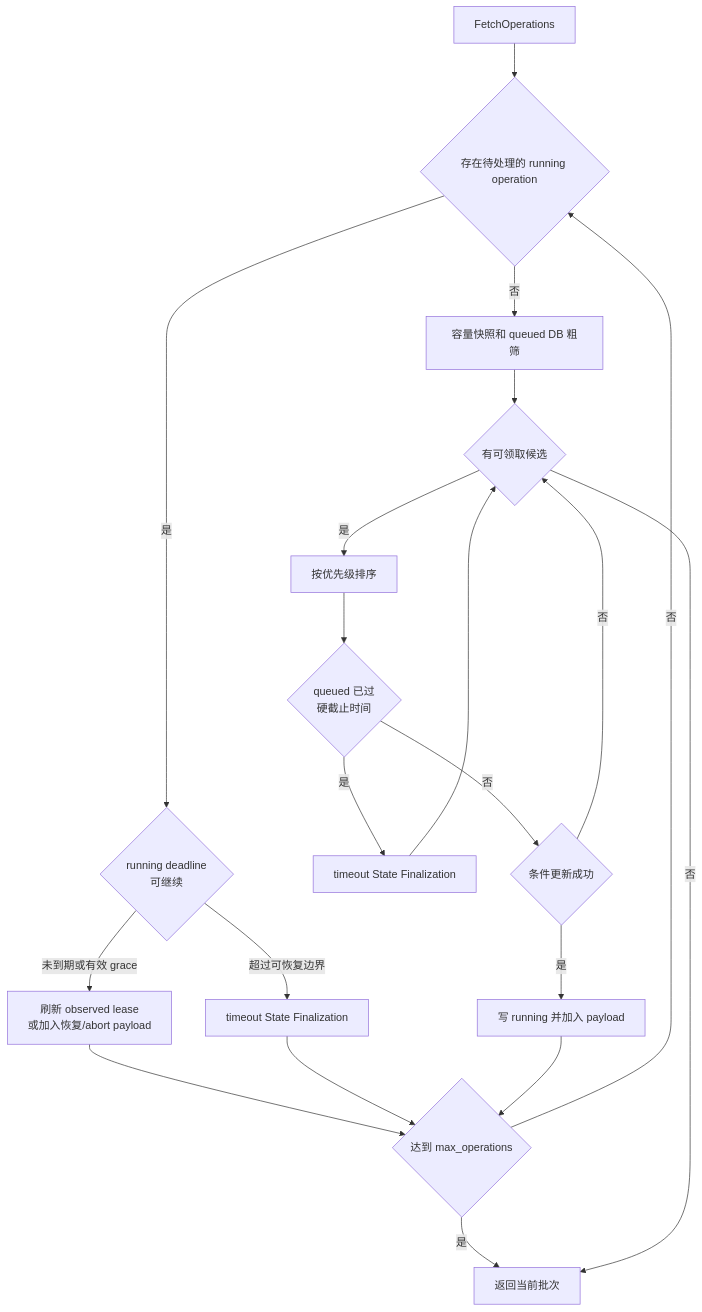
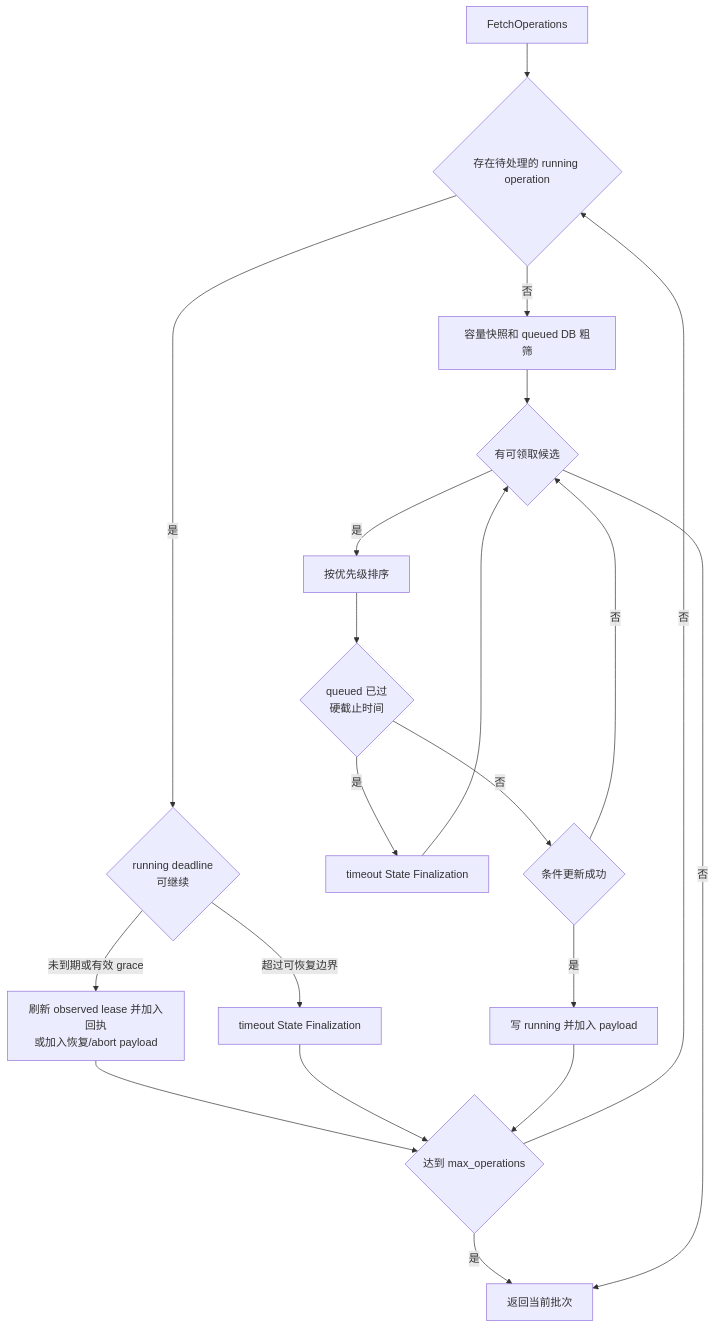
Before and after one commit to ExplodingDragon/gitea-dev: the third of 4 diagrams in src/state-machine.md, drawn with Mermaid. The commit also changed other lines of this file and 10 other files, not shown here.

````diff
--- a/src/state-machine.md
+++ b/src/state-machine.md
@@ -291,37 +292,37 @@
 ```mermaid
 flowchart TD
     fetch["FetchOperations"]
     recover{"存在待处理的 running operation"}
     runningDeadline{"running deadline<br/>可继续"}
-    resend["刷新 observed lease<br/>或加入恢复/abort payload"]
+    resend["刷新 observed lease 并加入回执<br/>或加入恢复/abort payload"]
     runningTimeout["timeout State Finalization"]
     limit{"达到 max_operations"}
     prepare["容量快照和 queued DB 粗筛"]
     filter{"有可领取候选"}
     sort["按优先级排序"]
     queuedDeadline{"queued 已过<br/>硬截止时间"}
     queuedTimeout["timeout State Finalization"]
     claim{"条件更新成功"}
     payload["写 running 并加入 payload"]
     done["返回当前批次"]
 
     fetch --> recover
     recover -- 是 --> runningDeadline
     runningDeadline -- 未到期或有效 grace --> resend
     runningDeadline -- 超过可恢复边界 --> runningTimeout
     resend --> limit
     runningTimeout --> limit
     recover -- 否 --> prepare
     limit -- 是 --> done
     limit -- 否 --> recover
     prepare --> filter
     filter -- 否 --> done
     filter -- 是 --> sort
     sort --> queuedDeadline
     queuedDeadline -- 是 --> queuedTimeout
     queuedTimeout --> filter
     queuedDeadline -- 否 --> claim
     claim -- 否 --> filter
     claim -- 是 --> payload
     payload --> limit
 ```
````
